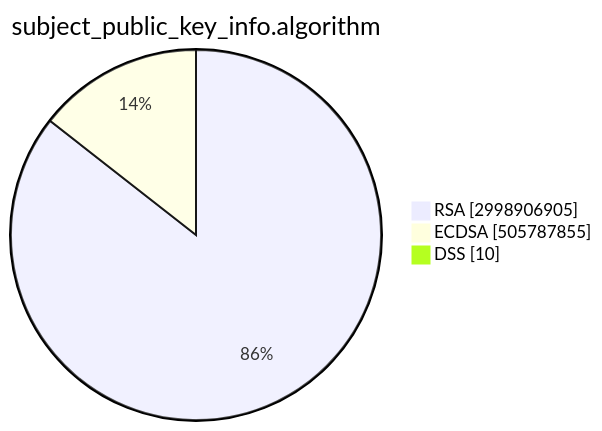
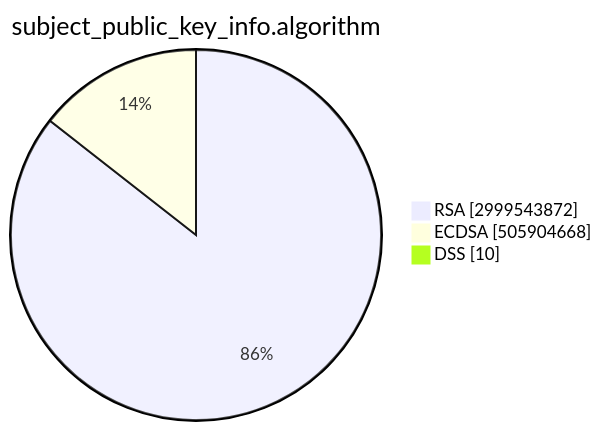
One commit to christiankrug/ctmonitor_visualization changed the second of 15 diagrams in TOTAL/README.md. Above: the diagram before and after it, drawn with Mermaid. The commit also changed other lines of this file, not shown here.

````diff
--- a/TOTAL/README.md
+++ b/TOTAL/README.md
@@ -6,7 +6,7 @@
 ```mermaid
 pie showData
 title subject_public_key_info.algorithm
-"RSA" :2998906905
-"ECDSA" :505787855
+"RSA" :2999543872
+"ECDSA" :505904668
 "DSS" :10
 ```
````
